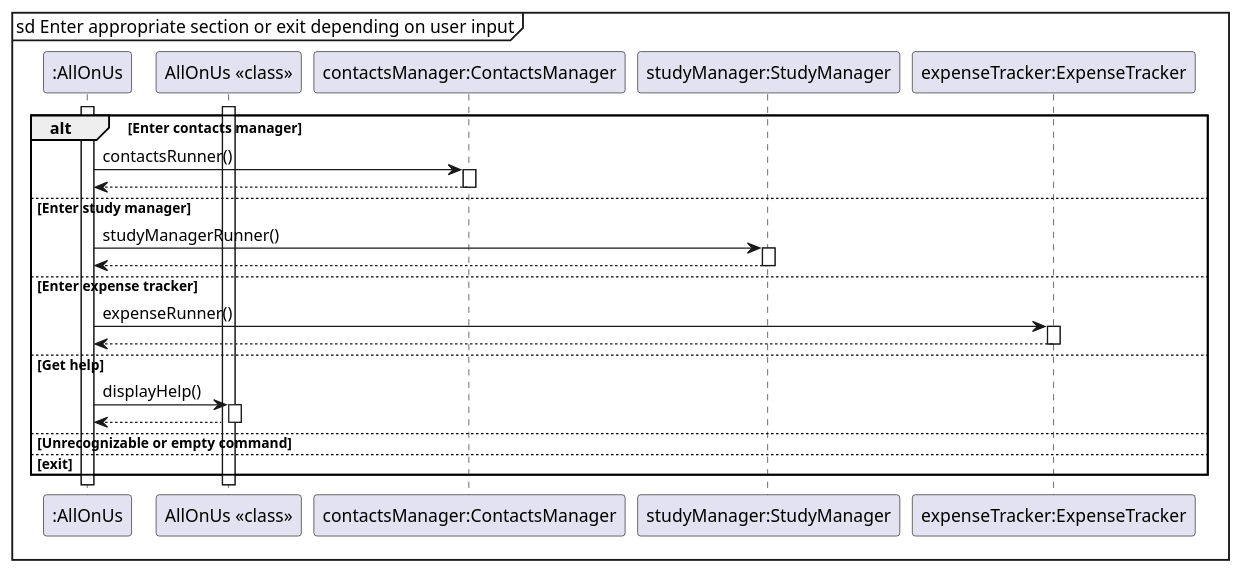
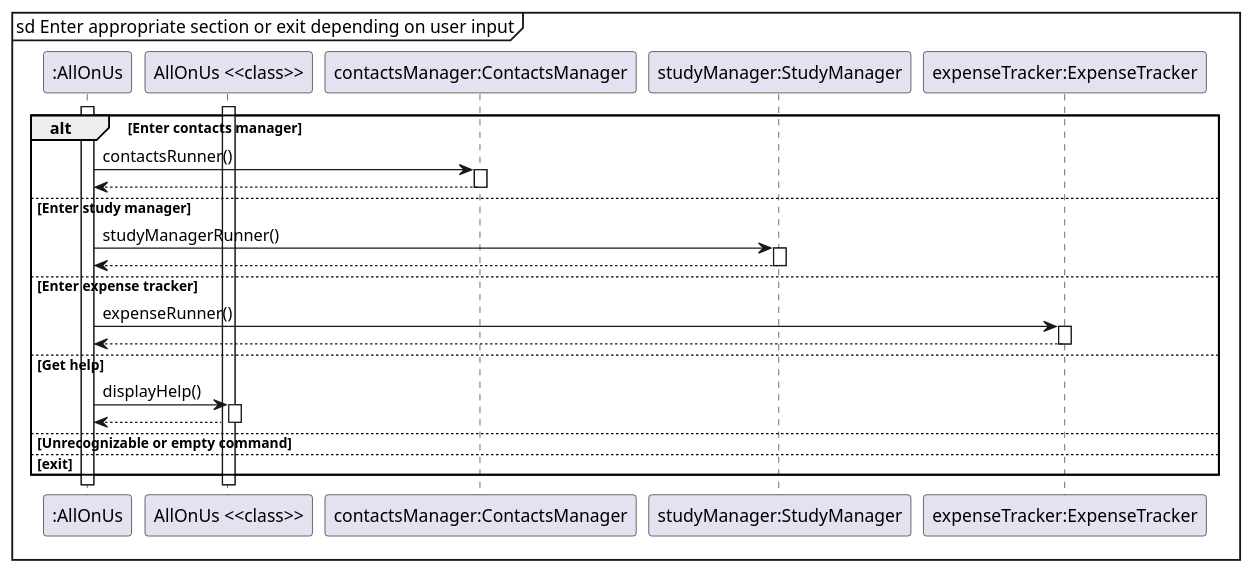
The diagram in docs/diagrams/MenuFeaturesSequenceSubDiagram.puml (nus-cs2113-AY2122S2/tp), drawn with PlantUML before and after one commit. The commit also changed 14 other files, not shown here.

```diff
--- a/docs/diagrams/MenuFeaturesSequenceSubDiagram.puml
+++ b/docs/diagrams/MenuFeaturesSequenceSubDiagram.puml
@@ -1,24 +1,26 @@
 @startuml
 'https://plantuml.com/sequence-diagram
+
+skinparam guillemet false
 
 mainframe sd Enter appropriate section or exit depending on user input
 activate ":AllOnUs"
 activate "AllOnUs <<class>>"
 alt Enter contacts manager
     ":AllOnUs" -> "contactsManager:ContactsManager" ++: contactsRunner()
     "contactsManager:ContactsManager" --> ":AllOnUs" --
 else Enter study manager
     ":AllOnUs" -> "studyManager:StudyManager" ++: studyManagerRunner()
     "studyManager:StudyManager" --> ":AllOnUs" --
 else Enter expense tracker
     ":AllOnUs" -> "expenseTracker:ExpenseTracker" ++: expenseRunner()
     "expenseTracker:ExpenseTracker" --> ":AllOnUs" --
 else Get help
     ":AllOnUs" -> "AllOnUs <<class>>"++: displayHelp()
     "AllOnUs <<class>>" --> ":AllOnUs" --
 else Unrecognizable or empty command
 
 else exit
 
 end
 @enduml
```
